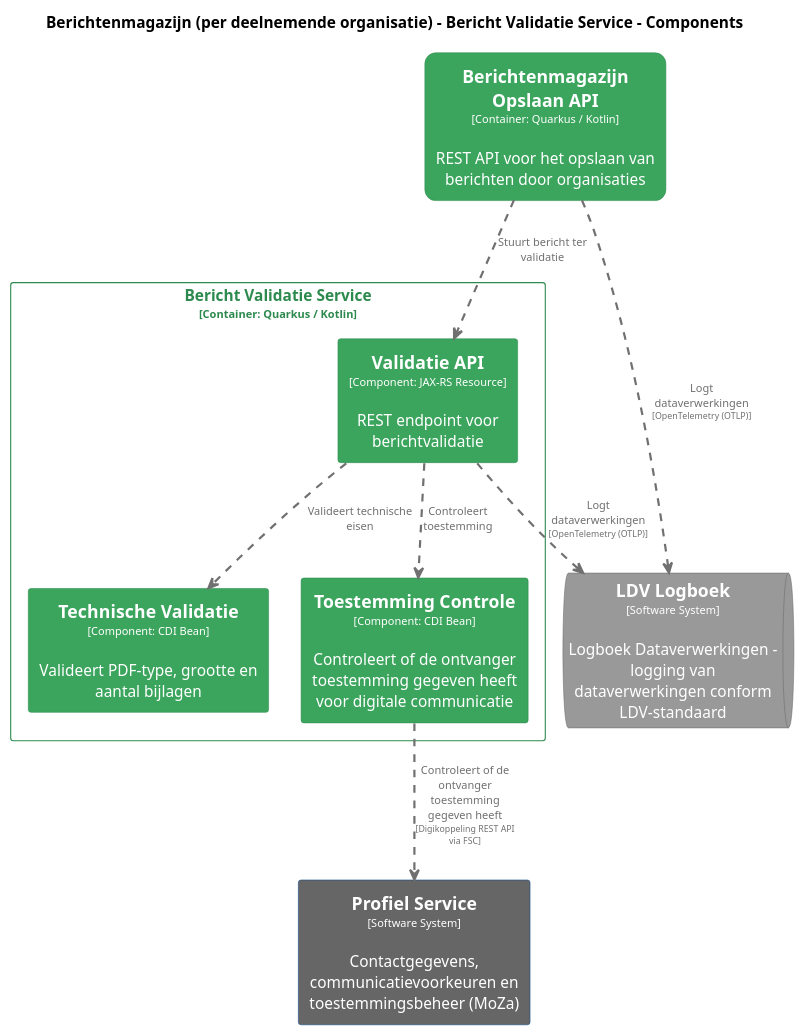
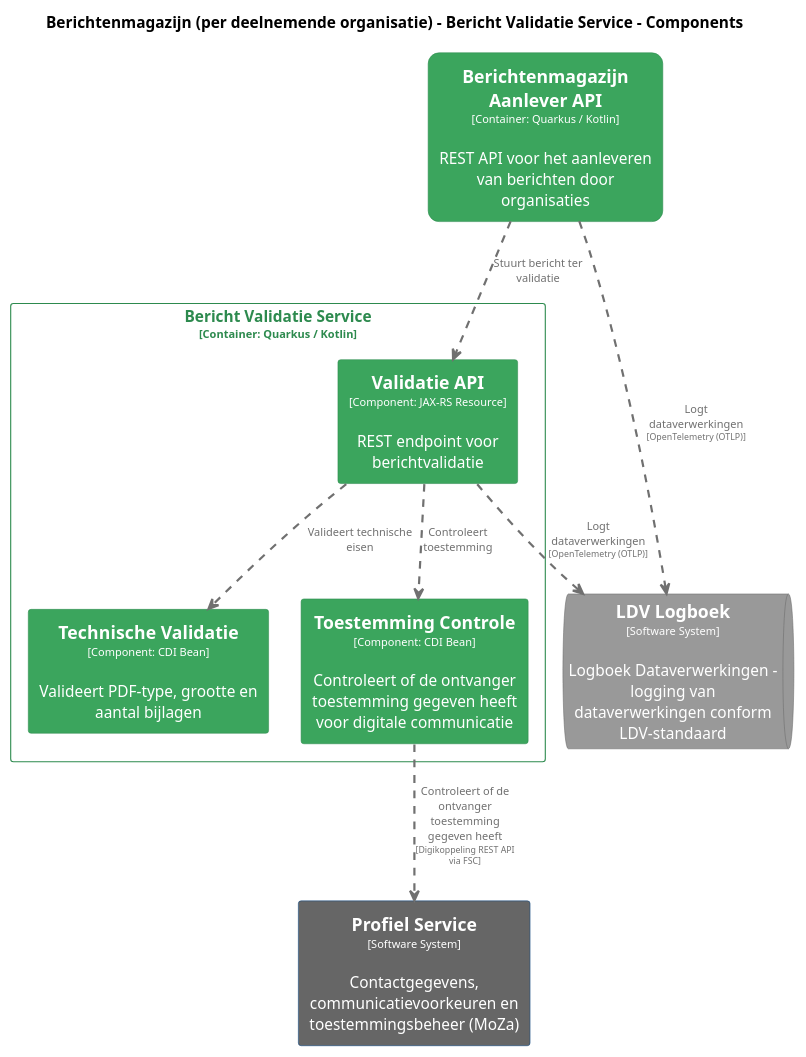
One commit to MinBZK/moza-poc-fbs-berichtenbox changed the diagram in pr-preview/pr-22/master/puml/BerichtValidatieComponenten.puml. Above: the diagram before and after it, drawn with PlantUML. The commit also changed 45 other files, not shown here.

```diff
--- a/pr-preview/pr-22/master/puml/BerichtValidatieComponenten.puml
+++ b/pr-preview/pr-22/master/puml/BerichtValidatieComponenten.puml
@@ -1,77 +1,77 @@
 @startuml
 set separator none
 title Berichtenmagazijn (per deelnemende organisatie) - Bericht Validatie Service - Components
 
 top to bottom direction
 skinparam ranksep 60
 skinparam nodesep 30
 
 skinparam {
   arrowFontSize 10
   defaultTextAlignment center
   wrapWidth 200
   maxMessageSize 100
 }
 
 hide stereotype
 
-skinparam rectangle<<Berichtenmagazijnperdeelnemendeorganisatie.BerichtenmagazijnOpslaanAPI>> {
+skinparam rectangle<<Berichtenmagazijnperdeelnemendeorganisatie.BerichtenmagazijnAanleverAPI>> {
   BackgroundColor #3ba55d
   FontColor #ffffff
   BorderColor #2d8a4e
   roundCorner 20
   shadowing false
 }
 skinparam queue<<LDVLogboek>> {
   BackgroundColor #999999
   FontColor #ffffff
   BorderColor #6b6b6b
   shadowing false
 }
 skinparam rectangle<<ProfielService>> {
   BackgroundColor #666666
   FontColor #ffffff
   BorderColor #0b4884
   shadowing false
 }
 skinparam rectangle<<Berichtenmagazijnperdeelnemendeorganisatie.BerichtValidatieService.TechnischeValidatie>> {
   BackgroundColor #3ba55d
   FontColor #ffffff
   BorderColor #2d8a4e
   shadowing false
 }
 skinparam rectangle<<Berichtenmagazijnperdeelnemendeorganisatie.BerichtValidatieService.ToestemmingControle>> {
   BackgroundColor #3ba55d
   FontColor #ffffff
   BorderColor #2d8a4e
   shadowing false
 }
 skinparam rectangle<<Berichtenmagazijnperdeelnemendeorganisatie.BerichtValidatieService.ValidatieAPI>> {
   BackgroundColor #3ba55d
   FontColor #ffffff
   BorderColor #2d8a4e
   shadowing false
 }
 skinparam rectangle<<Berichtenmagazijnperdeelnemendeorganisatie.BerichtValidatieService>> {
   BorderColor #2d8a4e
   FontColor #2d8a4e
   shadowing false
 }
 
 rectangle "==Profiel Service\n<size:10>[Software System]</size>\n\nContactgegevens, communicatievoorkeuren en toestemmingsbeheer (MoZa)" <<ProfielService>> as ProfielService
-rectangle "==Berichtenmagazijn Opslaan API\n<size:10>[Container: Quarkus / Kotlin]</size>\n\nREST API voor het opslaan van berichten door organisaties" <<Berichtenmagazijnperdeelnemendeorganisatie.BerichtenmagazijnOpslaanAPI>> as Berichtenmagazijnperdeelnemendeorganisatie.BerichtenmagazijnOpslaanAPI
+rectangle "==Berichtenmagazijn Aanlever API\n<size:10>[Container: Quarkus / Kotlin]</size>\n\nREST API voor het aanleveren van berichten door organisaties" <<Berichtenmagazijnperdeelnemendeorganisatie.BerichtenmagazijnAanleverAPI>> as Berichtenmagazijnperdeelnemendeorganisatie.BerichtenmagazijnAanleverAPI
 queue "==LDV Logboek\n<size:10>[Software System]</size>\n\nLogboek Dataverwerkingen - logging van dataverwerkingen conform LDV-standaard" <<LDVLogboek>> as LDVLogboek
 
 rectangle "Bericht Validatie Service\n<size:10>[Container: Quarkus / Kotlin]</size>" <<Berichtenmagazijnperdeelnemendeorganisatie.BerichtValidatieService>> {
   rectangle "==Validatie API\n<size:10>[Component: JAX-RS Resource]</size>\n\nREST endpoint voor berichtvalidatie" <<Berichtenmagazijnperdeelnemendeorganisatie.BerichtValidatieService.ValidatieAPI>> as Berichtenmagazijnperdeelnemendeorganisatie.BerichtValidatieService.ValidatieAPI
   rectangle "==Technische Validatie\n<size:10>[Component: CDI Bean]</size>\n\nValideert PDF-type, grootte en aantal bijlagen" <<Berichtenmagazijnperdeelnemendeorganisatie.BerichtValidatieService.TechnischeValidatie>> as Berichtenmagazijnperdeelnemendeorganisatie.BerichtValidatieService.TechnischeValidatie
   rectangle "==Toestemming Controle\n<size:10>[Component: CDI Bean]</size>\n\nControleert of de ontvanger toestemming gegeven heeft voor digitale communicatie" <<Berichtenmagazijnperdeelnemendeorganisatie.BerichtValidatieService.ToestemmingControle>> as Berichtenmagazijnperdeelnemendeorganisatie.BerichtValidatieService.ToestemmingControle
 }
 
-Berichtenmagazijnperdeelnemendeorganisatie.BerichtenmagazijnOpslaanAPI .[#707070,thickness=2].> LDVLogboek : "<color:#707070>Logt dataverwerkingen\n<color:#707070><size:8>[OpenTelemetry (OTLP)]</size>"
+Berichtenmagazijnperdeelnemendeorganisatie.BerichtenmagazijnAanleverAPI .[#707070,thickness=2].> LDVLogboek : "<color:#707070>Logt dataverwerkingen\n<color:#707070><size:8>[OpenTelemetry (OTLP)]</size>"
 Berichtenmagazijnperdeelnemendeorganisatie.BerichtValidatieService.ValidatieAPI .[#707070,thickness=2].> LDVLogboek : "<color:#707070>Logt dataverwerkingen\n<color:#707070><size:8>[OpenTelemetry (OTLP)]</size>"
 Berichtenmagazijnperdeelnemendeorganisatie.BerichtValidatieService.ValidatieAPI .[#707070,thickness=2].> Berichtenmagazijnperdeelnemendeorganisatie.BerichtValidatieService.TechnischeValidatie : "<color:#707070>Valideert technische eisen"
 Berichtenmagazijnperdeelnemendeorganisatie.BerichtValidatieService.ValidatieAPI .[#707070,thickness=2].> Berichtenmagazijnperdeelnemendeorganisatie.BerichtValidatieService.ToestemmingControle : "<color:#707070>Controleert toestemming"
-Berichtenmagazijnperdeelnemendeorganisatie.BerichtenmagazijnOpslaanAPI .[#707070,thickness=2].> Berichtenmagazijnperdeelnemendeorganisatie.BerichtValidatieService.ValidatieAPI : "<color:#707070>Stuurt bericht ter validatie"
+Berichtenmagazijnperdeelnemendeorganisatie.BerichtenmagazijnAanleverAPI .[#707070,thickness=2].> Berichtenmagazijnperdeelnemendeorganisatie.BerichtValidatieService.ValidatieAPI : "<color:#707070>Stuurt bericht ter validatie"
 Berichtenmagazijnperdeelnemendeorganisatie.BerichtValidatieService.ToestemmingControle .[#707070,thickness=2].> ProfielService : "<color:#707070>Controleert of de ontvanger toestemming gegeven heeft\n<color:#707070><size:8>[Digikoppeling REST API via FSC]</size>"
 @enduml
```
